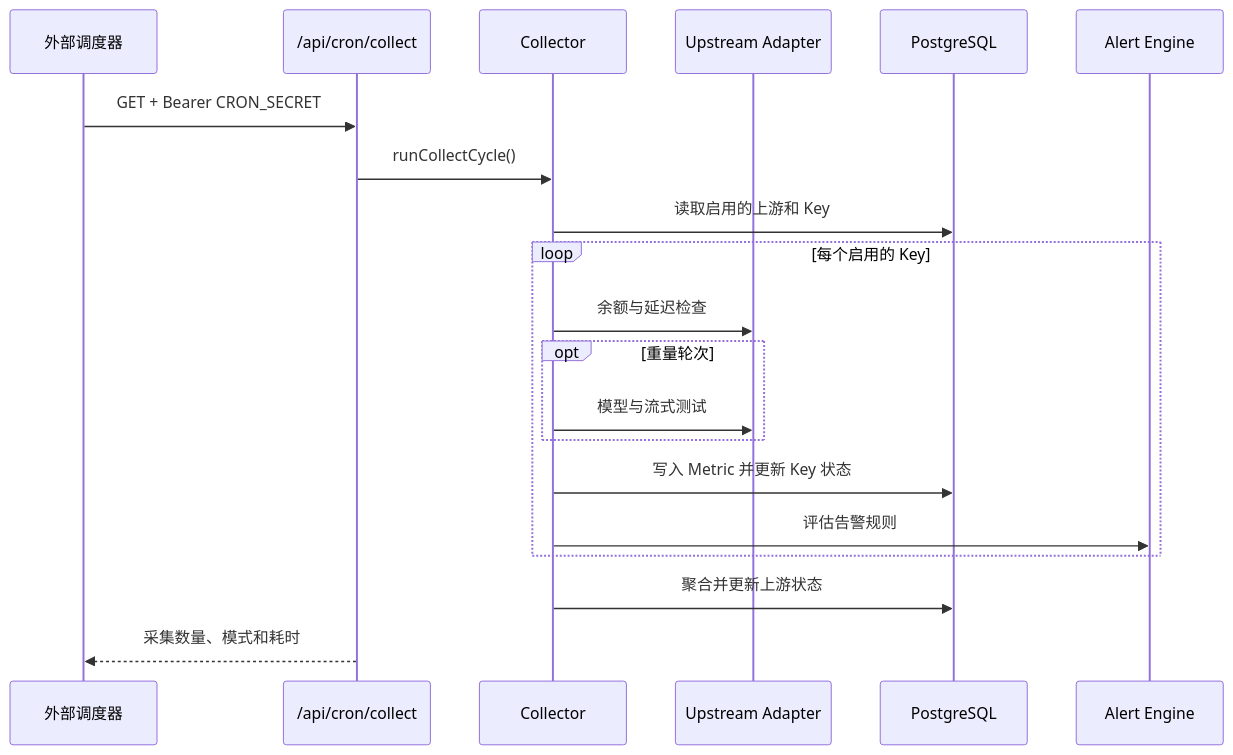
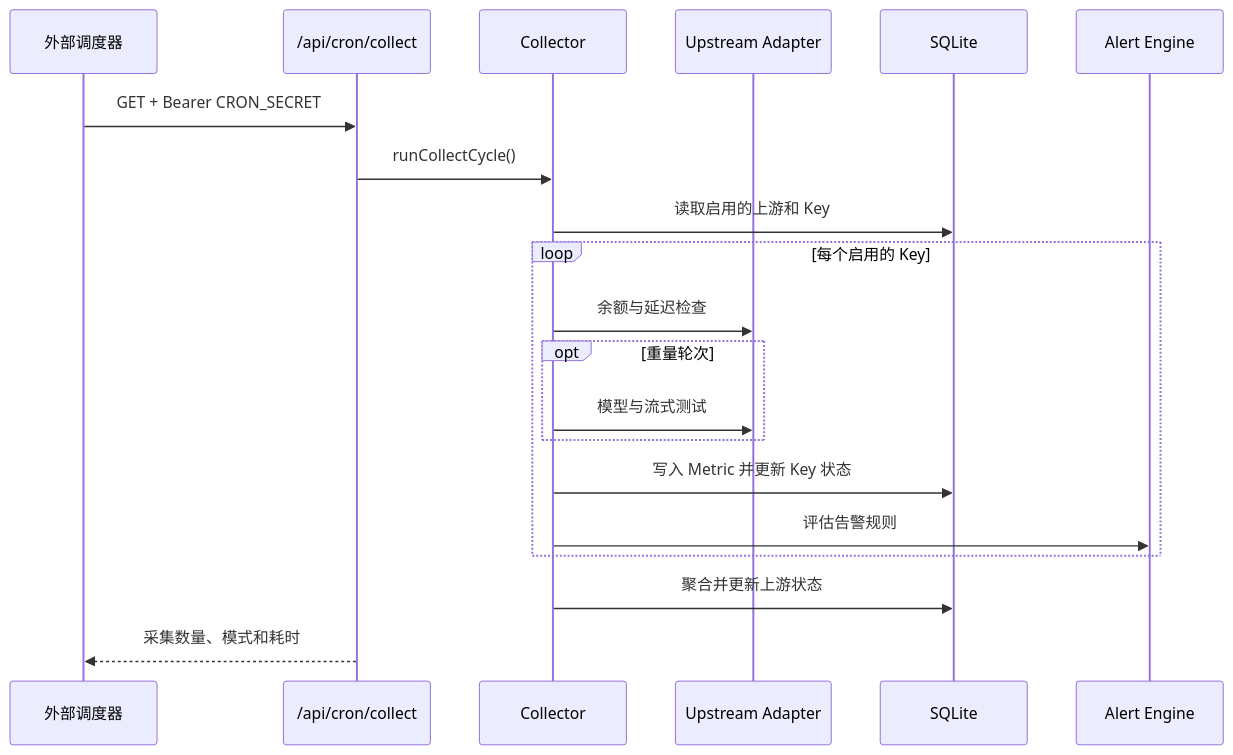
One commit to nevermorewish/relay-scope changed the third of 3 diagrams in docs/architecture.md. Above: the diagram before and after it, drawn with Mermaid. The commit also changed other lines of this file and 26 other files, not shown here.

````diff
--- a/docs/architecture.md
+++ b/docs/architecture.md
@@ -105,23 +106,23 @@
 ```mermaid
 sequenceDiagram
   participant Cron as 外部调度器
   participant API as /api/cron/collect
   participant Collector as Collector
   participant Adapter as Upstream Adapter
-  participant DB as PostgreSQL
+  participant DB as SQLite
   participant Alert as Alert Engine
 
   Cron->>API: GET + Bearer CRON_SECRET
   API->>Collector: runCollectCycle()
   Collector->>DB: 读取启用的上游和 Key
   loop 每个启用的 Key
     Collector->>Adapter: 余额与延迟检查
     opt 重量轮次
       Collector->>Adapter: 模型与流式测试
     end
     Collector->>DB: 写入 Metric 并更新 Key 状态
     Collector->>Alert: 评估告警规则
   end
   Collector->>DB: 聚合并更新上游状态
   API-->>Cron: 采集数量、模式和耗时
 ```
````
